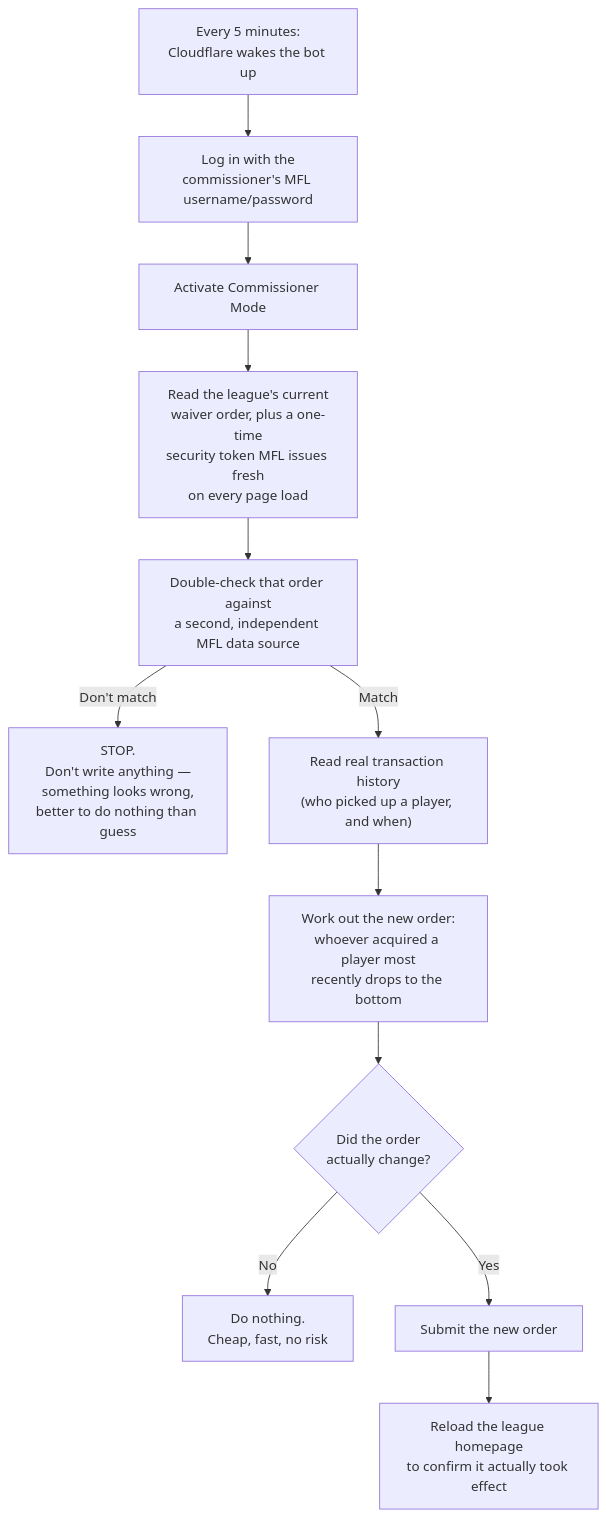
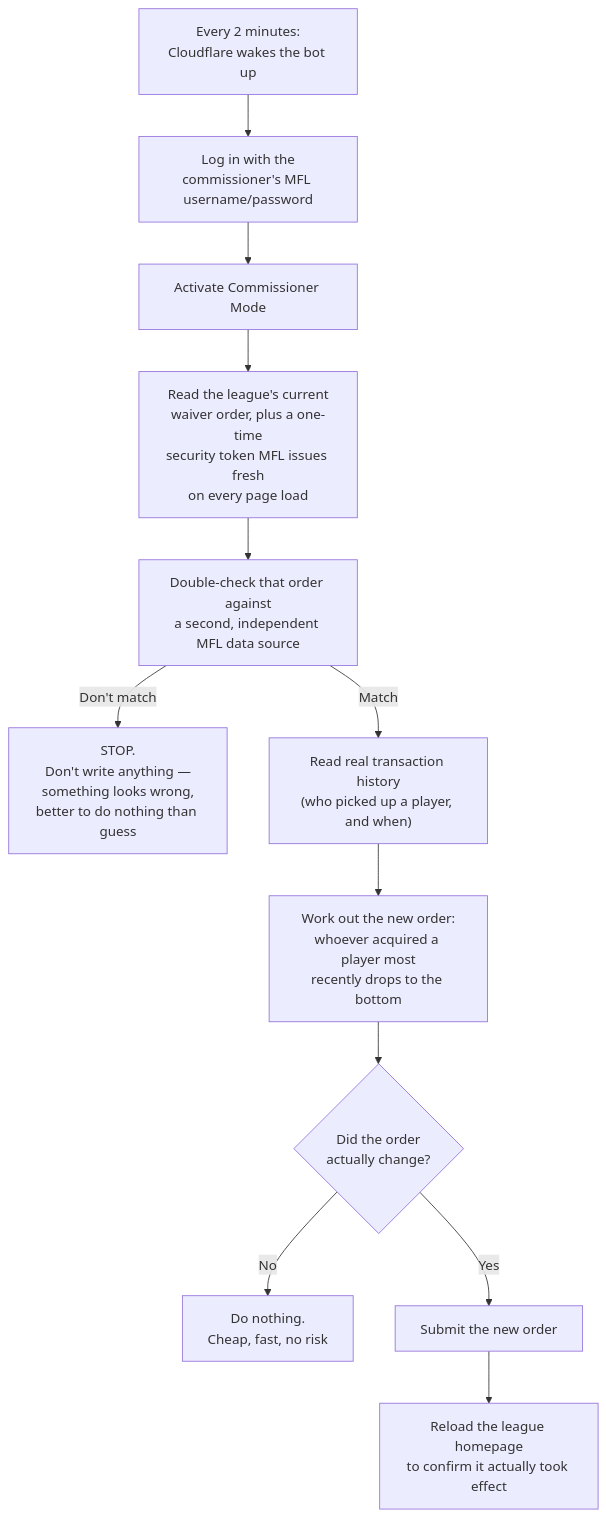
Before and after one commit to travispflanz/mfl-fcfs-rolling-waiver-order: the first of 3 diagrams in docs/HOW_IT_WORKS.md, drawn with Mermaid. The commit also changed other lines of this file and 6 other files, not shown here.

````diff
--- a/docs/HOW_IT_WORKS.md
+++ b/docs/HOW_IT_WORKS.md
@@ -13,14 +13,14 @@
 ```mermaid
 flowchart TD
-    A["Every 5 minutes:<br/>Cloudflare wakes the bot up"] --> B["Log in with the<br/>commissioner's MFL username/password"]
+    A["Every 2 minutes:<br/>Cloudflare wakes the bot up"] --> B["Log in with the<br/>commissioner's MFL username/password"]
     B --> C["Activate Commissioner Mode"]
     C --> D["Read the league's current<br/>waiver order, plus a one-time<br/>security token MFL issues fresh<br/>on every page load"]
     D --> E["Double-check that order against<br/>a second, independent MFL data source"]
     E -->|Don't match| F["STOP.<br/>Don't write anything —<br/>something looks wrong,<br/>better to do nothing than guess"]
     E -->|Match| G["Read real transaction history<br/>(who picked up a player, and when)"]
     G --> H["Work out the new order:<br/>whoever acquired a player most<br/>recently drops to the bottom"]
     H --> I{"Did the order<br/>actually change?"}
     I -->|No| J["Do nothing.<br/>Cheap, fast, no risk"]
     I -->|Yes| K["Submit the new order"]
     K --> L["Reload the league homepage<br/>to confirm it actually took effect"]
 ```
````
